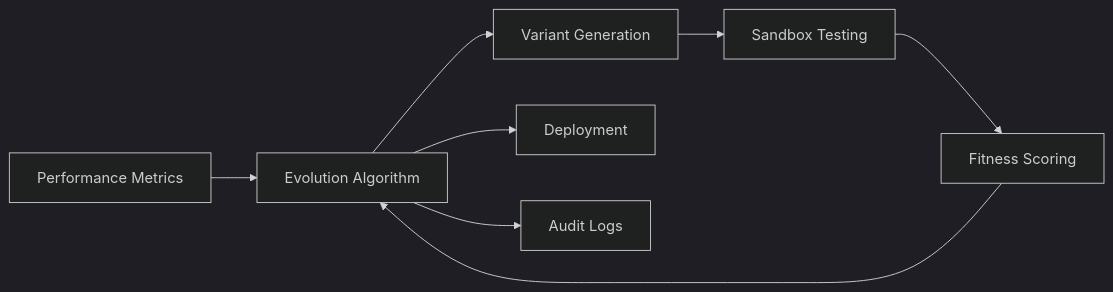
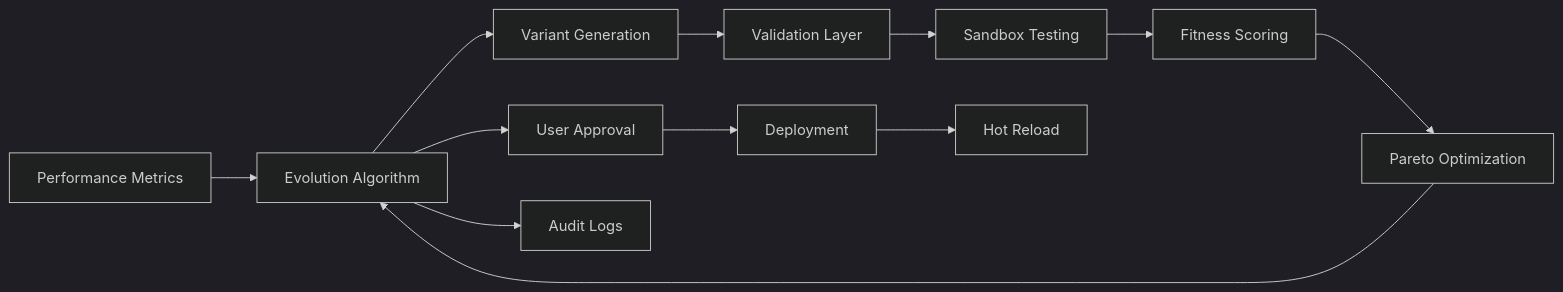
The fourth of 5 diagrams in docs/architecture.md (kwsantiago/goose-evolve), drawn with Mermaid (dark theme) before and after one commit. The commit also changed other lines of this file and 13 other files, not shown here.

````diff
--- a/docs/architecture.md
+++ b/docs/architecture.md
@@ -140,10 +282,14 @@
 ```mermaid
 graph LR
     PM[Performance Metrics] --> EA[Evolution Algorithm]
     EA --> VG[Variant Generation]
-    VG --> ST[Sandbox Testing]
+    VG --> VL[Validation Layer]
+    VL --> ST[Sandbox Testing]
     ST --> FS[Fitness Scoring]
-    FS --> EA
-    EA --> DM[Deployment]
-    EA --> AR[Audit Logs]
+    FS --> PO[Pareto Optimization]
+    PO --> EA
+    EA --> UA[User Approval]
+    UA --> DM[Deployment]
+    DM --> HR[Hot Reload]
+    EA --> AL[Audit Logs]
 ```
````
